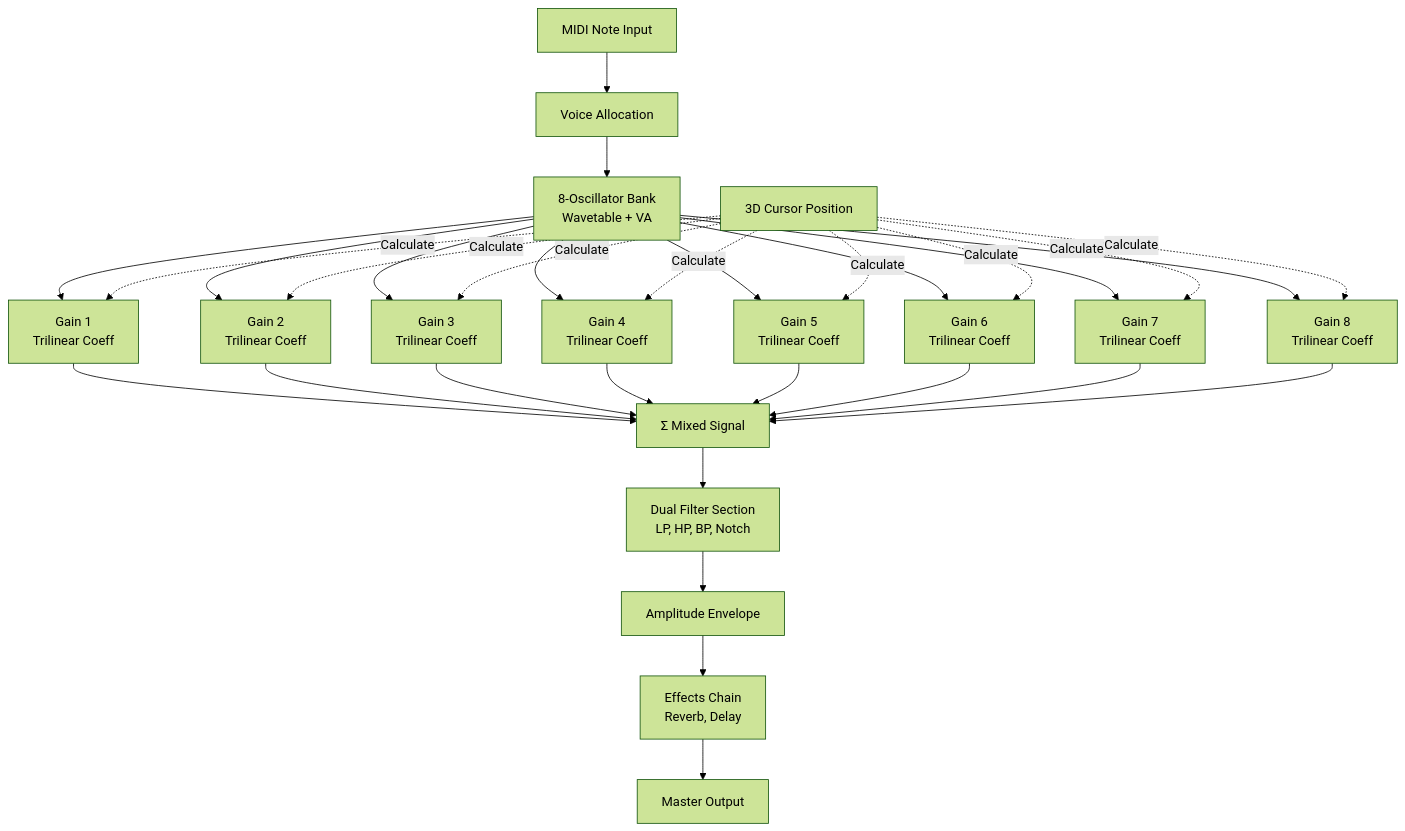
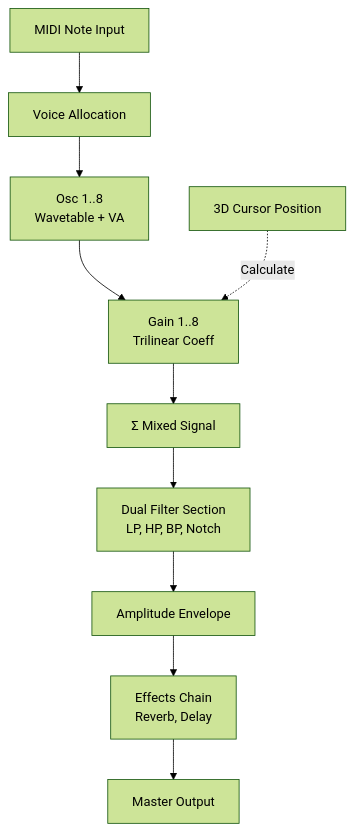
One commit to rp-bot/ASE-final-project changed the fourth of 5 diagrams in README.md. Above: the diagram before and after it, drawn with Mermaid (forest theme).

Commit message:
docs(readme): refine audio thread diagram by unifying oscillator and gain representations for clarity

````diff
--- a/README.md
+++ b/README.md
@@ -231,40 +231,19 @@
 ```mermaid
 flowchart TD
     Input[MIDI Note Input]
     
     Input --> VoiceAllocation[Voice Allocation]
     
-    VoiceAllocation --> OscBank[8-Oscillator Bank<br/>Wavetable + VA]
+    VoiceAllocation --> OscN[Osc 1..8<br/>Wavetable + VA]
     
-    OscBank --> Gain1[Gain 1<br/>Trilinear Coeff]
-    OscBank --> Gain2[Gain 2<br/>Trilinear Coeff]
-    OscBank --> Gain3[Gain 3<br/>Trilinear Coeff]
-    OscBank --> Gain4[Gain 4<br/>Trilinear Coeff]
-    OscBank --> Gain5[Gain 5<br/>Trilinear Coeff]
-    OscBank --> Gain6[Gain 6<br/>Trilinear Coeff]
-    OscBank --> Gain7[Gain 7<br/>Trilinear Coeff]
-    OscBank --> Gain8[Gain 8<br/>Trilinear Coeff]
+    OscN --> GainN[Gain 1..8<br/>Trilinear Coeff]
     
-    Gain1 --> Sum[Σ Mixed Signal]
-    Gain2 --> Sum
-    Gain3 --> Sum
-    Gain4 --> Sum
-    Gain5 --> Sum
-    Gain6 --> Sum
-    Gain7 --> Sum
-    Gain8 --> Sum
+    GainN --> Sum[Σ Mixed Signal]
     
     Sum --> Filter[Dual Filter Section<br/>LP, HP, BP, Notch]
     Filter --> Envelope[Amplitude Envelope]
     Envelope --> FX[Effects Chain<br/>Reverb, Delay]
     FX --> MasterOut[Master Output]
     
-    Position3D[3D Cursor Position] -.->|Calculate| Gain1
-    Position3D -.->|Calculate| Gain2
-    Position3D -.->|Calculate| Gain3
-    Position3D -.->|Calculate| Gain4
-    Position3D -.->|Calculate| Gain5
-    Position3D -.->|Calculate| Gain6
-    Position3D -.->|Calculate| Gain7
-    Position3D -.->|Calculate| Gain8
+    Position3D[3D Cursor Position] -.->|Calculate| GainN
 ```
````
